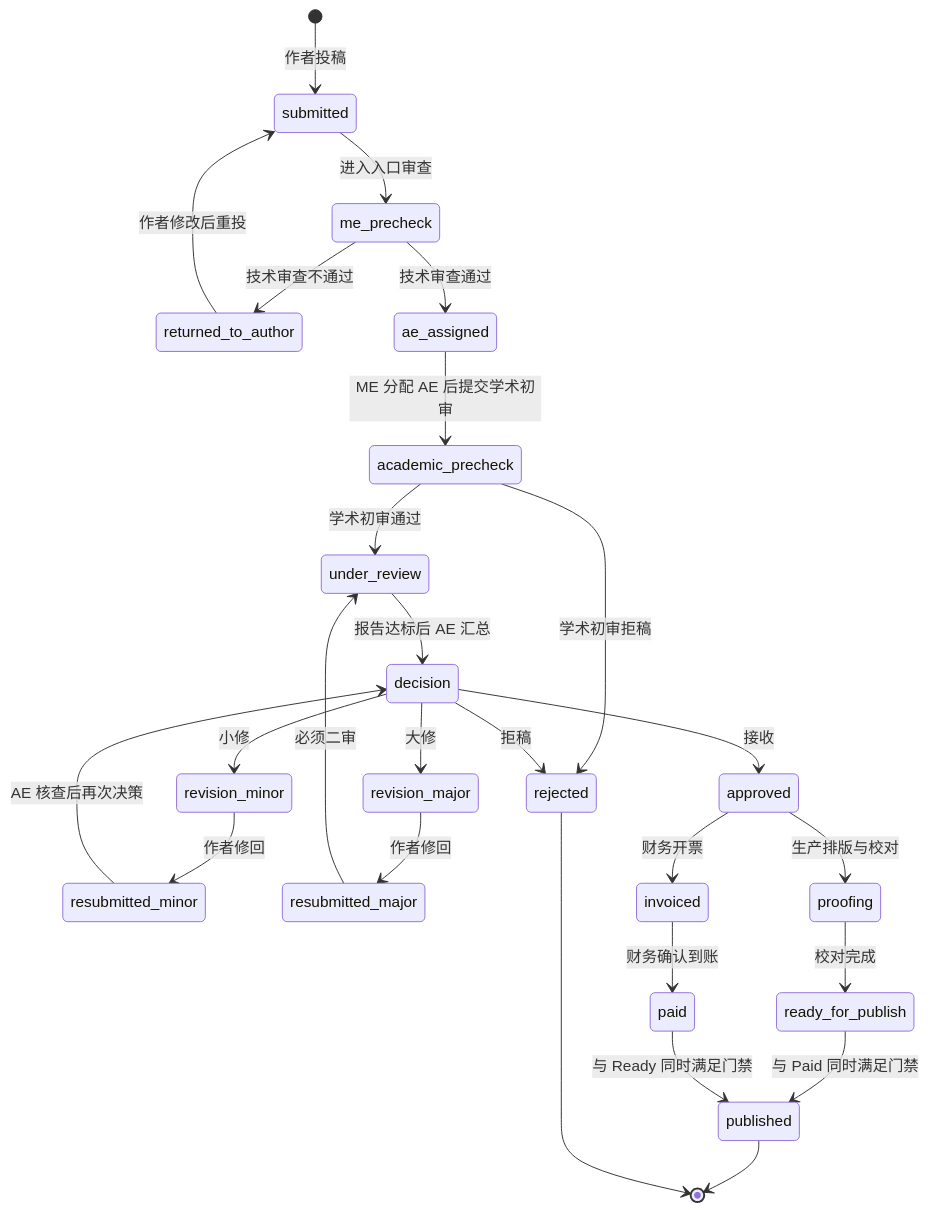
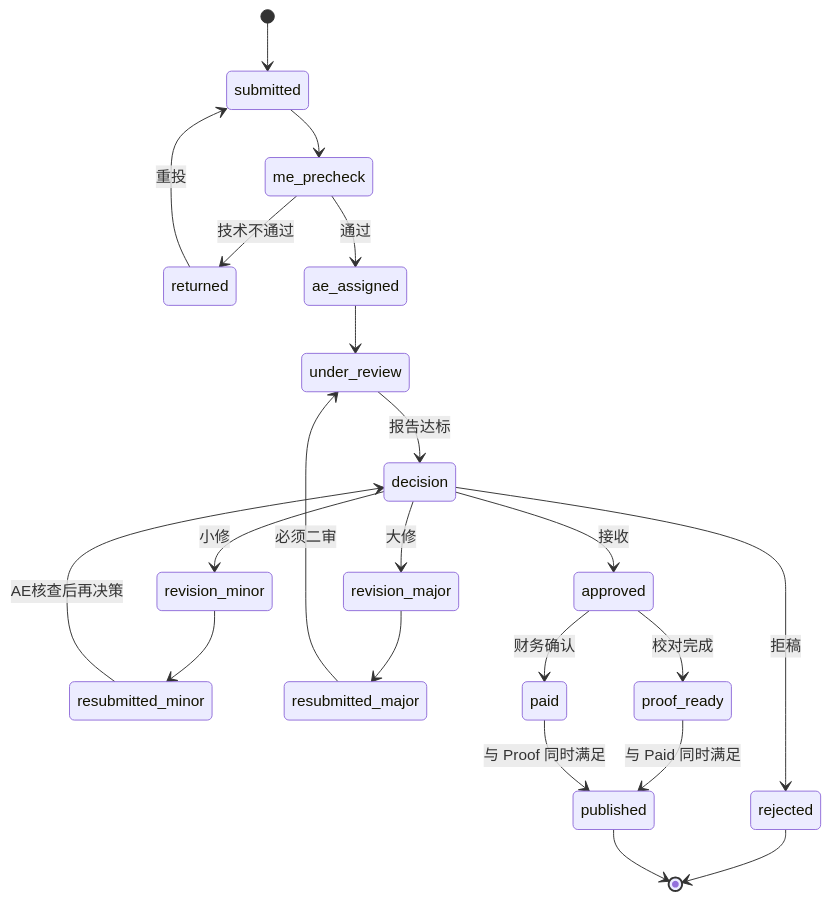
Before and after one commit to LouisLau-art/scholar-flow: the diagram in docs/state_manuscript_v3.mmd, drawn with Mermaid. The commit also changed 8 other files, not shown here.

```diff
--- a/docs/state_manuscript_v3.mmd
+++ b/docs/state_manuscript_v3.mmd
@@ -1,36 +1,28 @@
 stateDiagram-v2
-    [*] --> submitted: 作者投稿
+    [*] --> submitted
+    submitted --> me_precheck
+    me_precheck --> returned: 技术不通过
+    returned --> submitted: 重投
 
-    submitted --> me_precheck: 进入入口审查
-    me_precheck --> returned_to_author: 技术审查不通过
-    returned_to_author --> submitted: 作者修改后重投
-
-    me_precheck --> ae_assigned: 技术审查通过
-    ae_assigned --> academic_precheck: ME 分配 AE 后提交学术初审
-    academic_precheck --> rejected: 学术初审拒稿
-    academic_precheck --> under_review: 学术初审通过
-
-    under_review --> decision: 报告达标后 AE 汇总
+    me_precheck --> ae_assigned: 通过
+    ae_assigned --> under_review
+    under_review --> decision: 报告达标
 
     decision --> revision_minor: 小修
-    revision_minor --> resubmitted_minor: 作者修回
-    resubmitted_minor --> decision: AE 核查后再次决策
+    revision_minor --> resubmitted_minor
+    resubmitted_minor --> decision: AE核查后再决策
 
     decision --> revision_major: 大修
-    revision_major --> resubmitted_major: 作者修回
+    revision_major --> resubmitted_major
     resubmitted_major --> under_review: 必须二审
 
     decision --> approved: 接收
     decision --> rejected: 拒稿
 
-    approved --> proofing: 生产排版与校对
-    approved --> invoiced: 财务开票
+    approved --> proof_ready: 校对完成
+    approved --> paid: 财务确认
+    proof_ready --> published: 与 Paid 同时满足
+    paid --> published: 与 Proof 同时满足
 
-    proofing --> ready_for_publish: 校对完成
-    invoiced --> paid: 财务确认到账
-
-    ready_for_publish --> published: 与 Paid 同时满足门禁
-    paid --> published: 与 Ready 同时满足门禁
-
+    rejected --> [*]
     published --> [*]
-    rejected --> [*]
```
